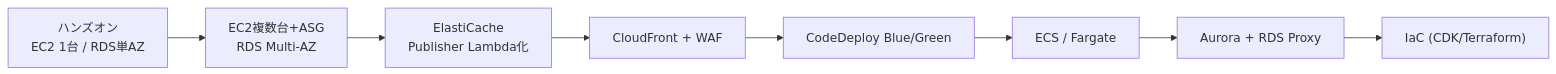
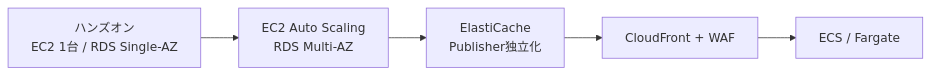
One commit to wataru-naba/ozaki-rsv-nextjs changed the seventh of 7 diagrams in docs/aws-production-architecture.md. Above: the diagram before and after it, drawn with Mermaid. The commit also changed other lines of this file, not shown here.

````diff
--- a/docs/aws-production-architecture.md
+++ b/docs/aws-production-architecture.md
@@ -830,10 +918,7 @@
 ```mermaid
 flowchart LR
-    H["ハンズオン<br/>EC2 1台 / RDS単AZ"] --> S1["EC2複数台+ASG<br/>RDS Multi-AZ"]
-    S1 --> S2["ElastiCache<br/>Publisher Lambda化"]
-    S2 --> S3["CloudFront + WAF"]
-    S3 --> S4["CodeDeploy Blue/Green"]
-    S4 --> S5["ECS / Fargate"]
-    S5 --> S6["Aurora + RDS Proxy"]
-    S6 --> S7["IaC (CDK/Terraform)"]
+    H["ハンズオン<br/>EC2 1台 / RDS Single-AZ"] --> E1["EC2 Auto Scaling<br/>RDS Multi-AZ"]
+    E1 --> E2["ElastiCache<br/>Publisher独立化"]
+    E2 --> E3["CloudFront + WAF"]
+    E3 --> E4["ECS / Fargate"]
 ```
````
